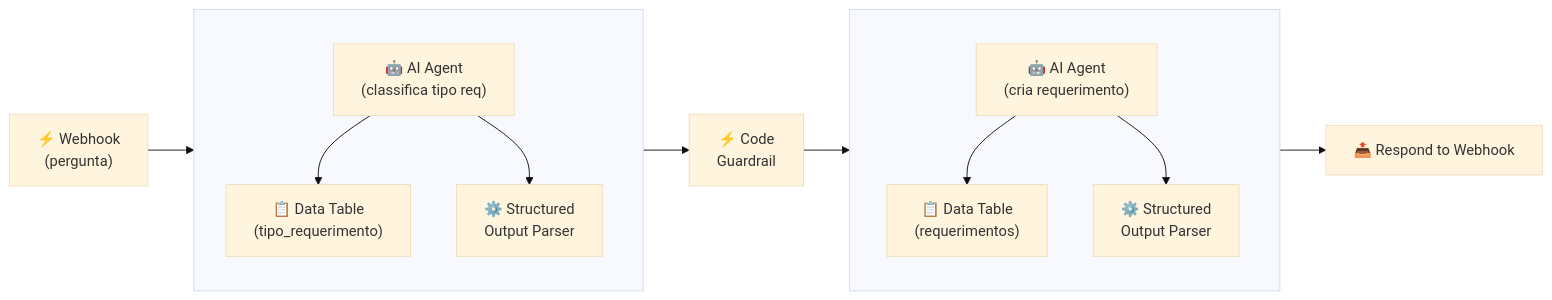
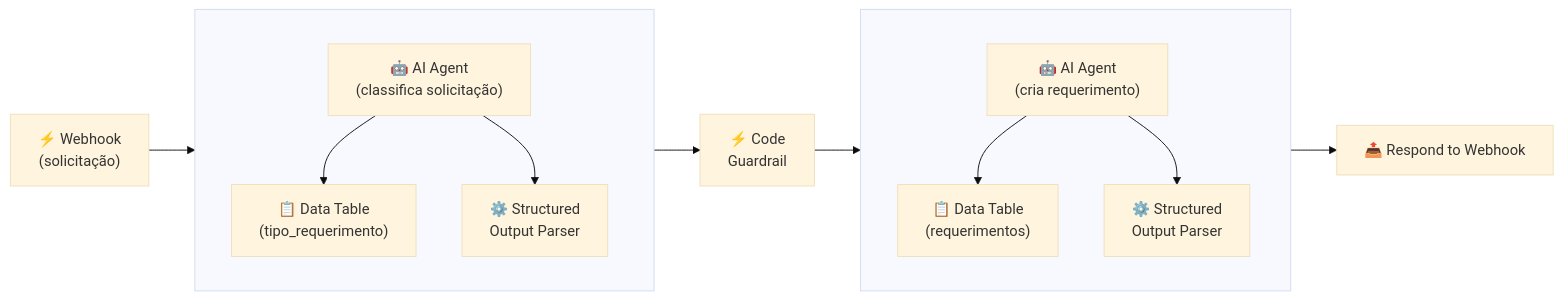
Before and after one commit to jcguimaraesnet/course-intelligent-agents: the diagram in pages/n8n/slide-etapa8.md, drawn with Mermaid (base theme).

Commit message:
docs(n8n): atualizar termos para solicitação no slide de live coding na etapa 8

````diff
--- a/pages/n8n/slide-etapa8.md
+++ b/pages/n8n/slide-etapa8.md
@@ -19,17 +19,17 @@
 ```mermaid {theme: 'dark'}
 flowchart LR
-    ET["⚡ Webhook<br/>(pergunta)"] --> Sub1
+    ET["⚡ Webhook<br/>(solicitação)"] --> Sub1
     
     subgraph Sub1 [" "]
-        B1["🤖 AI Agent<br/>(classifica tipo req)"] --> DT1["📋 Data Table<br/>(tipo_requerimento)"]
+        B1["🤖 AI Agent<br/>(classifica solicitação)"] --> DT1["📋 Data Table<br/>(tipo_requerimento)"]
         B1 --> SO1["⚙️ Structured<br/>Output Parser"]
     end
     
     Sub1 --> CG["⚡ Code<br/>Guardrail"]
     CG --> Sub2
     subgraph Sub2 [" "]
         AG["🤖 AI Agent<br/>(cria requerimento)"] --> DT2["📋 Data Table<br/>(requerimentos)"]
         AG --> SO2["⚙️ Structured<br/>Output Parser"]
     end
     Sub2 --> RW["📤 Respond to Webhook"]
 ```
````
